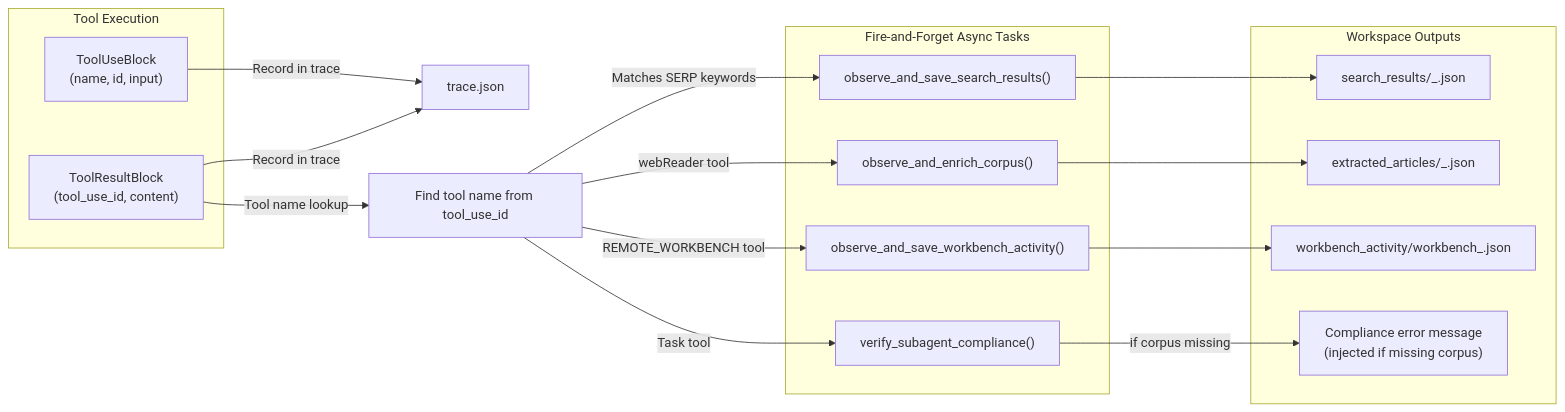
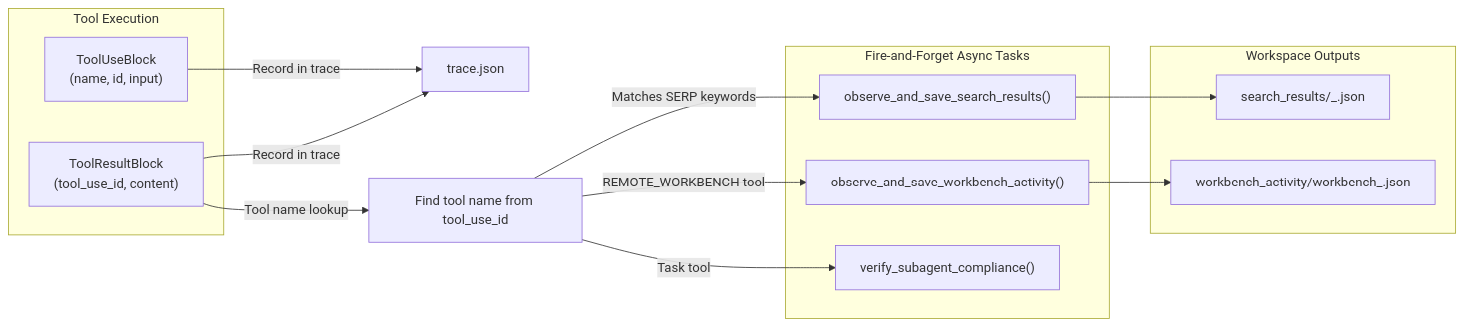
The fifth of 10 diagrams in Project_Documentation/Architecture/07_workspace_data_flow.md (Kjdragan/universal_agent), drawn with Mermaid before and after one commit. The commit also changed other lines of this file and 15 other files, not shown here.

Commit message:
feat: implement SubagentStop hook, toolkit banning, and sub-agent tool inheritance while removing Z.AI webReader.

````diff
--- a/Project_Documentation/Architecture/07_workspace_data_flow.md
+++ b/Project_Documentation/Architecture/07_workspace_data_flow.md
@@ -209,34 +197,28 @@
 ```mermaid
 flowchart LR
     subgraph ToolExecution["Tool Execution"]
         TC["ToolUseBlock<br/>(name, id, input)"]
         TR["ToolResultBlock<br/>(tool_use_id, content)"]
     end
 
     subgraph AsyncObservers["Fire-and-Forget Async Tasks"]
         SERP["observe_and_save_search_results()"]
-        ART["observe_and_enrich_corpus()"]
         WB["observe_and_save_workbench_activity()"]
         COMP["verify_subagent_compliance()"]
     end
 
     subgraph Outputs["Workspace Outputs"]
         SEARCH["search_results/<slug>_<timestamp>.json"]
-        ARTICLE["extracted_articles/<domain>_<timestamp>.json"]
         WBA["workbench_activity/workbench_<timestamp>.json"]
-        ERROR["Compliance error message<br/>(injected if missing corpus)"]
     end
 
     TC -->|"Record in trace"| TRACE["trace.json"]
     TR -->|"Record in trace"| TRACE
     TR -->|"Tool name lookup"| TOOL_LOOKUP["Find tool name from tool_use_id"]
     TOOL_LOOKUP -->|"Matches SERP keywords"| SERP
-    TOOL_LOOKUP -->|"webReader tool"| ART
     TOOL_LOOKUP -->|"REMOTE_WORKBENCH tool"| WB
     TOOL_LOOKUP -->|"Task tool"| COMP
 
     SERP --> SEARCH
-    ART --> ARTICLE
     WB --> WBA
-    COMP -->|"if corpus missing"| ERROR
 ```
````
